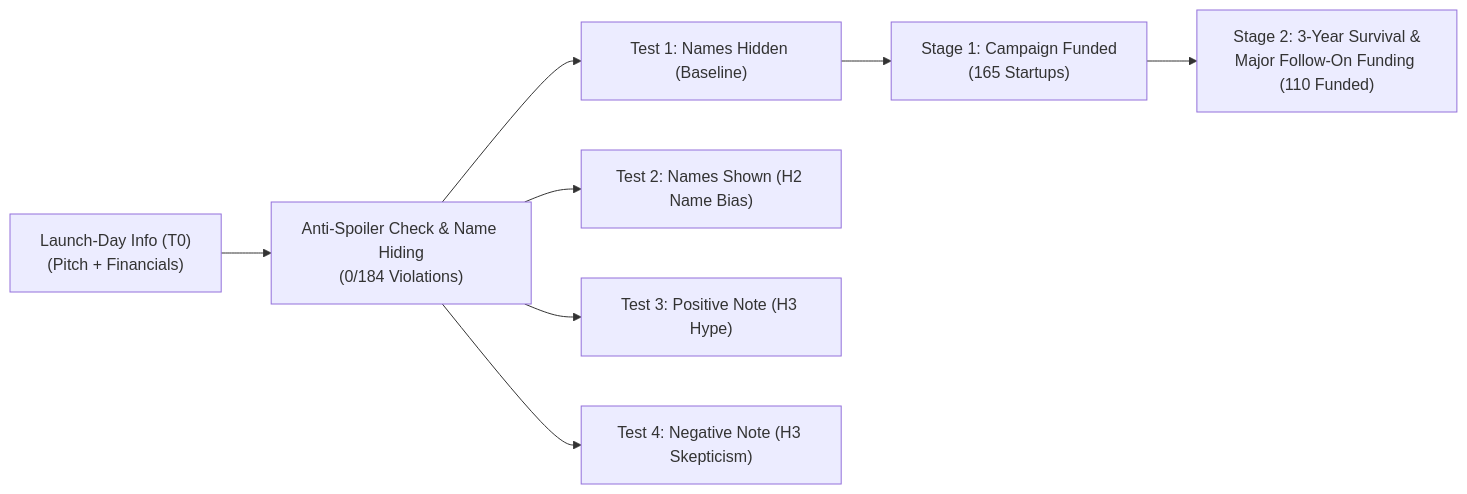
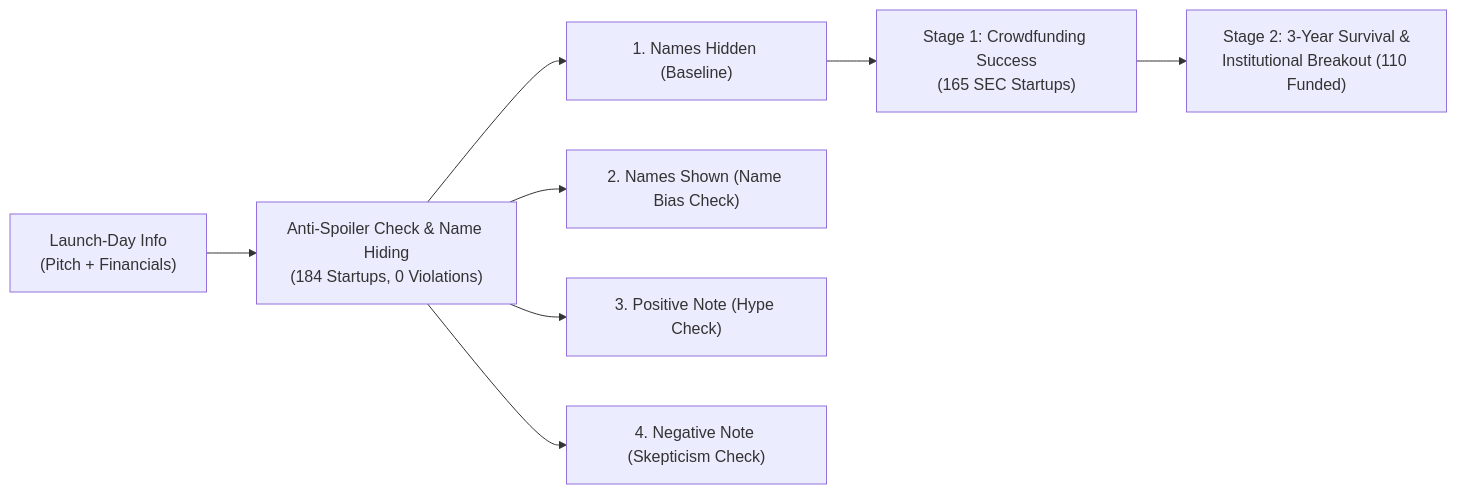
One commit to Raghavv-Saini/Business-Econ-Research changed the diagram in report/BE_Research_Report.md. Above: the diagram before and after it, drawn with Mermaid. The commit also changed other lines of this file and 1 other file, not shown here.

Commit message:
docs: rewrite BE research report with natural human-language flow

````diff
--- a/report/BE_Research_Report.md
+++ b/report/BE_Research_Report.md
@@ -40,10 +41,10 @@
 ```mermaid
 flowchart LR
-    T0["Launch-Day Info (T0)\n(Pitch + Financials)"] --> FW["Anti-Spoiler Check & Name Hiding\n(0/184 Violations)"]
-    FW --> B["Test 1: Names Hidden (Baseline)"]
-    FW --> U["Test 2: Names Shown (H2 Name Bias)"]
-    FW --> P["Test 3: Positive Note (H3 Hype)"]
-    FW --> N["Test 4: Negative Note (H3 Skepticism)"]
-    B --> S1["Stage 1: Campaign Funded\n(165 Startups)"]
-    S1 --> S2["Stage 2: 3-Year Survival &\nMajor Follow-On Funding (110 Funded)"]
+    T0["Launch-Day Info\n(Pitch + Financials)"] --> FW["Anti-Spoiler Check & Name Hiding\n(184 Startups, 0 Violations)"]
+    FW --> B["1. Names Hidden (Baseline)"]
+    FW --> U["2. Names Shown (Name Bias Check)"]
+    FW --> P["3. Positive Note (Hype Check)"]
+    FW --> N["4. Negative Note (Skepticism Check)"]
+    B --> S1["Stage 1: Crowdfunding Success\n(165 SEC Startups)"]
+    S1 --> S2["Stage 2: 3-Year Survival &\nInstitutional Breakout (110 Funded)"]
 ```
````
